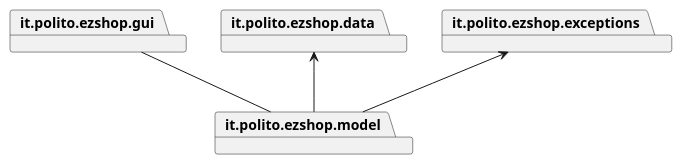
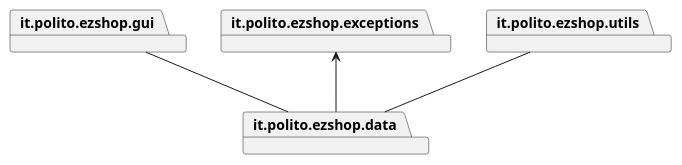
Before and after one commit to Stormz4/group20-EzShop: the first of 24 diagrams in Deliverables/DesignDocument.md, drawn with PlantUML. The commit also changed other lines of this file, not shown here.

````diff
--- a/Deliverables/DesignDocument.md
+++ b/Deliverables/DesignDocument.md
@@ -37,11 +38,11 @@
 ```plantuml
 @startuml
 package it.polito.ezshop.gui
-package it.polito.ezshop.model
 package it.polito.ezshop.data
 package it.polito.ezshop.exceptions
-it.polito.ezshop.gui -- it.polito.ezshop.model
-it.polito.ezshop.exceptions <-- it.polito.ezshop.model
-it.polito.ezshop.data <-- it.polito.ezshop.model
+package it.polito.ezshop.utils
+it.polito.ezshop.gui -- it.polito.ezshop.data
+it.polito.ezshop.exceptions <-- it.polito.ezshop.data
+it.polito.ezshop.utils -- it.polito.ezshop.data
 @enduml
 ```
````
